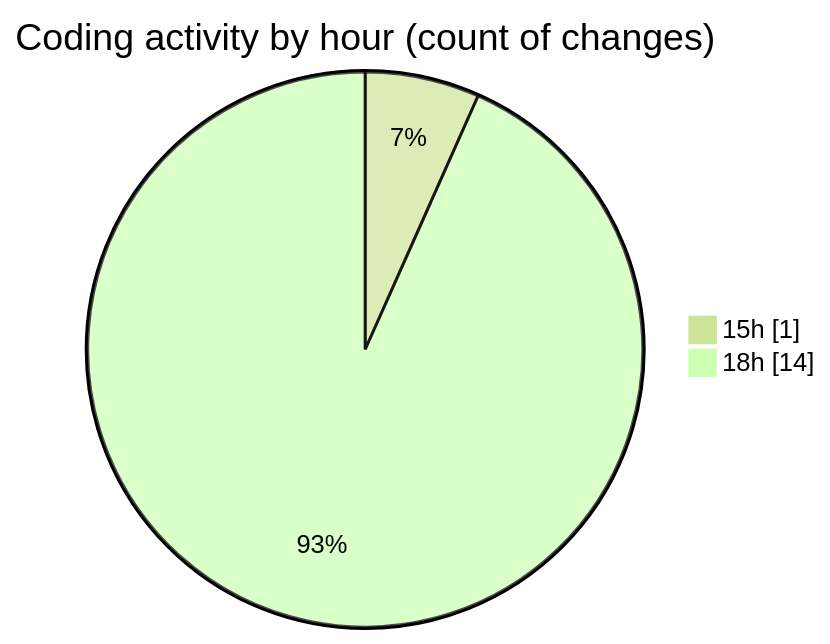
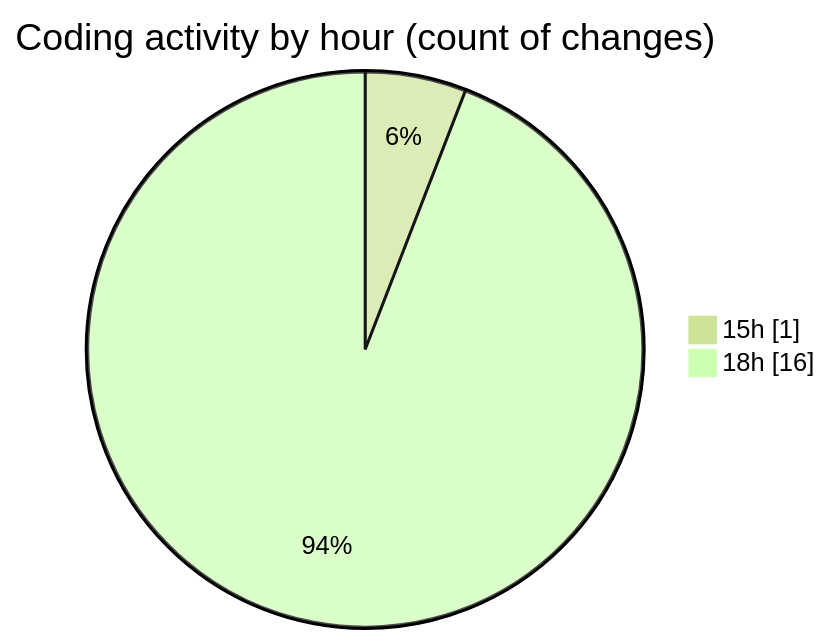
Before and after one commit to nxtqubesakshisongat/code-tracking: the second of 2 diagrams in 2026-02-03/nxtqube_webapp/README.md, drawn with Mermaid (forest theme). The commit also changed other lines of this file and 1 other file, not shown here.

````diff
--- a/2026-02-03/nxtqube_webapp/README.md
+++ b/2026-02-03/nxtqube_webapp/README.md
@@ -28,6 +28,6 @@
 ```mermaid
 pie showData
 title Coding activity by hour (count of changes)
 "15h" : 1
-"18h" : 14
+"18h" : 16
 ```
````
